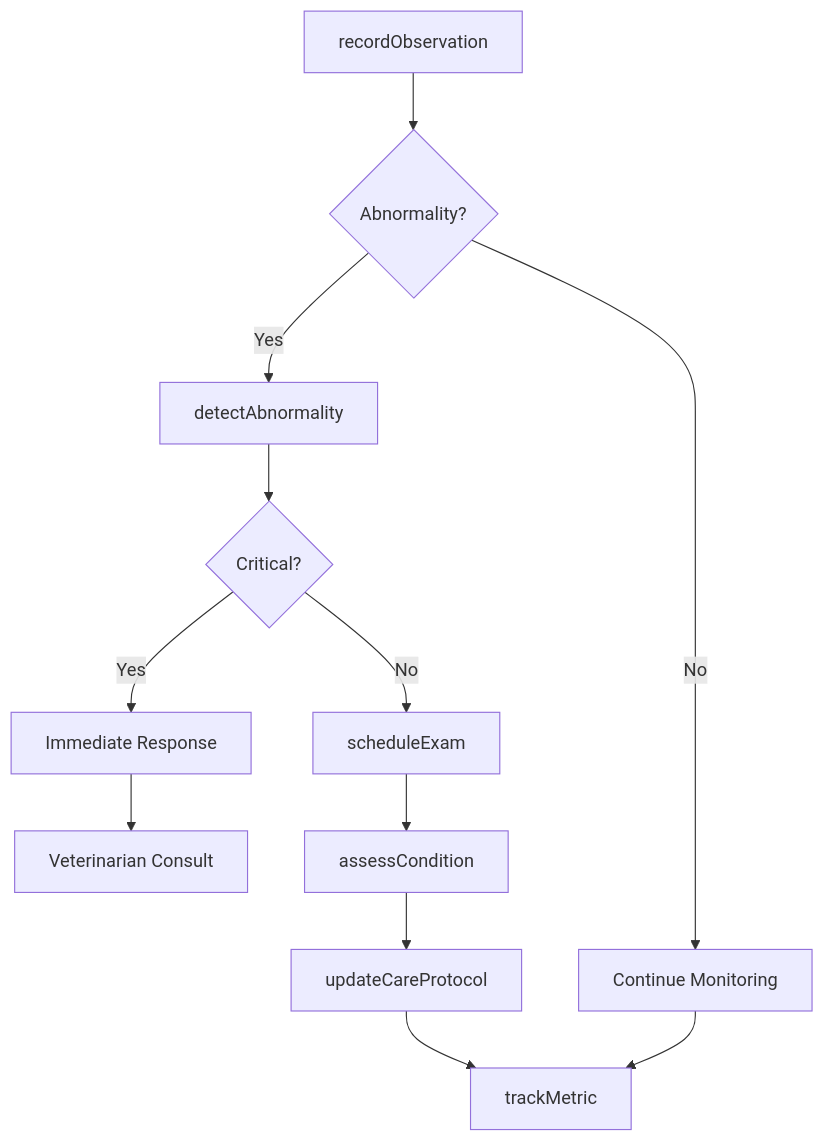
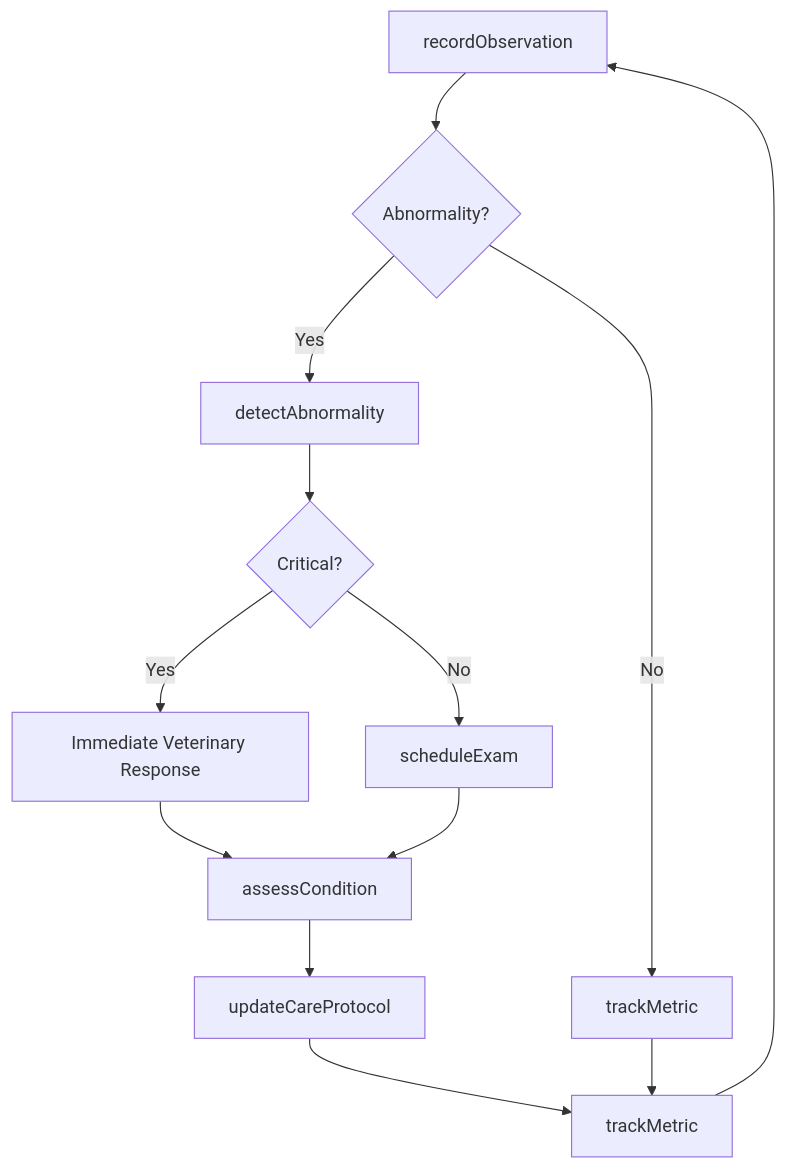
Before and after one commit to dot-org-ai/tasks.org.ai: the third of 4 diagrams in MonitoringProcessesMaterialsOrSurroundings/MonitorHealthConditionsOfHumansOrAnimals/MonitorAnimalBehaviorCondition.mdx, drawn with Mermaid. The commit also changed other lines of this file and 504 other files, not shown here.

First line of the commit message:
feat: Add ER diagrams, state diagrams, and workflow improvements to 96 DWA task files

````diff
--- a/MonitoringProcessesMaterialsOrSurroundings/MonitorHealthConditionsOfHumansOrAnimals/MonitorAnimalBehaviorCondition.mdx
+++ b/MonitoringProcessesMaterialsOrSurroundings/MonitorHealthConditionsOfHumansOrAnimals/MonitorAnimalBehaviorCondition.mdx
@@ -87,14 +117,15 @@
 ```mermaid
 graph TD
     A[recordObservation] --> B{Abnormality?}
     B -->|Yes| C[detectAbnormality]
-    B -->|No| D[Continue Monitoring]
+    B -->|No| D[trackMetric]
     C --> E{Critical?}
-    E -->|Yes| F[Immediate Response]
+    E -->|Yes| F[Immediate Veterinary Response]
     E -->|No| G[scheduleExam]
-    F --> H[Veterinarian Consult]
-    G --> I[assessCondition]
-    I --> J[updateCareProtocol]
-    J --> K[trackMetric]
-    D --> K
+    F --> H[assessCondition]
+    G --> H
+    H --> I[updateCareProtocol]
+    I --> J[trackMetric]
+    D --> J
+    J --> A
 ```
````
